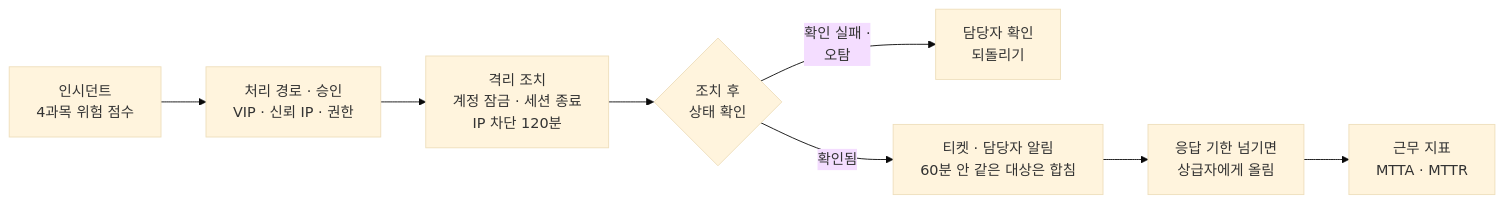
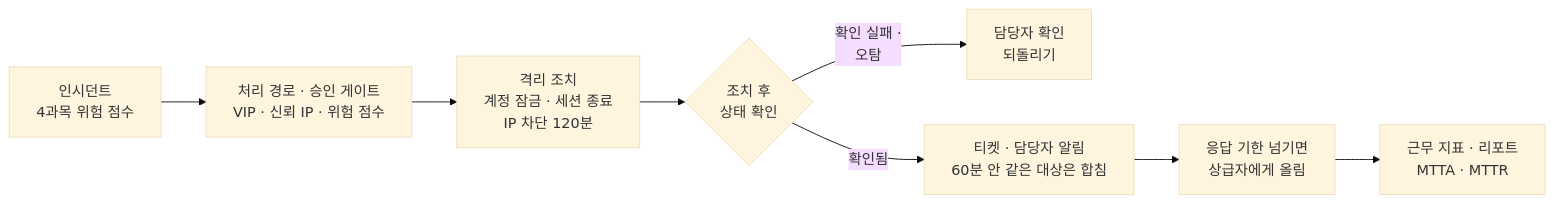
Before and after one commit to mdkk0220/security-agent-toolkit: the diagram in soar_response_5/README.md, drawn with Mermaid (base theme). The commit also changed other lines of this file and 1 other file, not shown here.

First line of the commit message:
docs: 5과목 SOAR Day 5(리포트 · 승인 게이트 · 오탐 복구 · 리스크 평가) README 반영, 메인 표어 줄 정리

````diff
--- a/soar_response_5/README.md
+++ b/soar_response_5/README.md
@@ -7,10 +7,10 @@
 ```mermaid
 flowchart LR
-    A["인시던트<br/>4과목 위험 점수"] --> B["처리 경로 · 승인<br/>VIP · 신뢰 IP · 권한"]
+    A["인시던트<br/>4과목 위험 점수"] --> B["처리 경로 · 승인 게이트<br/>VIP · 신뢰 IP · 위험 점수"]
     B --> C["격리 조치<br/>계정 잠금 · 세션 종료<br/>IP 차단 120분"]
     C --> D{"조치 후<br/>상태 확인"}
     D -- "확인 실패 ·<br/>오탐" --> R["담당자 확인<br/>되돌리기"]
     D -- 확인됨 --> T["티켓 · 담당자 알림<br/>60분 안 같은 대상은 합침"]
     T --> E["응답 기한 넘기면<br/>상급자에게 올림"]
-    E --> M["근무 지표<br/>MTTA · MTTR"]
+    E --> M["근무 지표 · 리포트<br/>MTTA · MTTR"]
 ```
````
